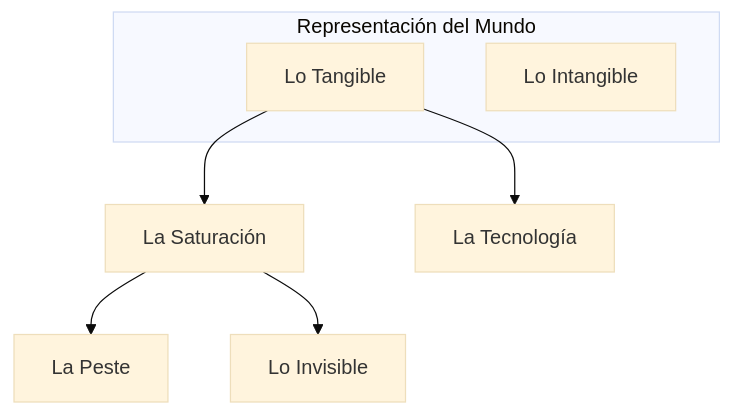
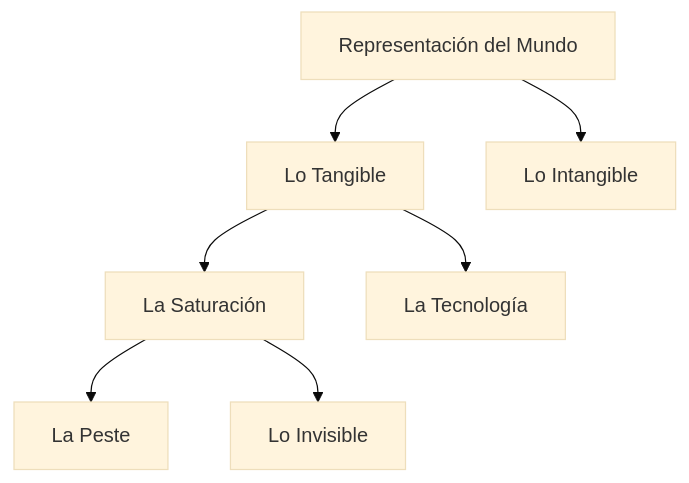
The diagram in ES/tangible.md (EGGS-Artesvisuales/EGGS-Artesvisuales.github.io), drawn with Mermaid (base theme) before and after one commit.

```diff
--- a/ES/tangible.md
+++ b/ES/tangible.md
@@ -43,20 +43,20 @@
 <div class="mermaid">
 graph TD
-    subgraph "Representación del Mundo"
-        Tangible["Lo Tangible"]
-        Intangible["Lo Intangible"]
-    end
+    Representacion["Representación del Mundo"]
+    Representacion --> Tangible["Lo Tangible"]
+    Representacion --> Intangible["Lo Intangible"]
 
     Tangible --> Saturacion["La Saturación"]
     Tangible --> Tecnologia["La Tecnología"]
 
     Saturacion --> Peste["La Peste"]
     Saturacion --> Invisible["Lo Invisible"]
 
+    click Representacion "/ES/mundo-exterior.html" "Ir a Representación del Mundo"
     click Tangible "/ES/tangible.html" "Ir a Lo Tangible"
     click Intangible "/ES/intangible.html" "Ir a Lo Intangible"
     click Saturacion "/ES/saturacion.html" "Ir a La Saturación"
     click Tecnologia "/ES/tecnologia.html" "Ir a La Tecnología"
     click Peste "/ES/peste.html" "Ir a La Peste"
     click Invisible "/ES/invisible.html" "Ir a Lo Invisible"
 </div>
```
